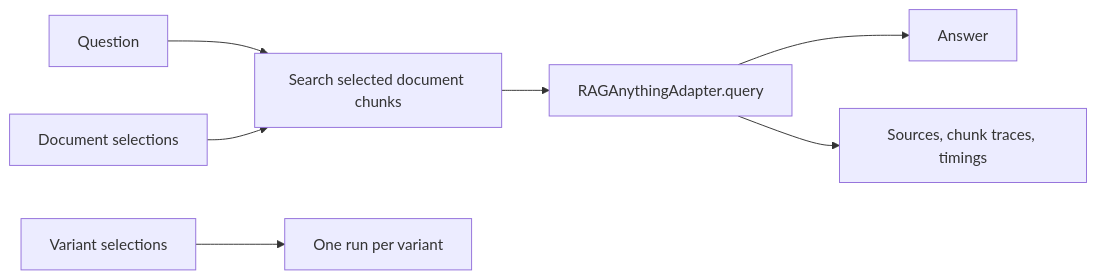
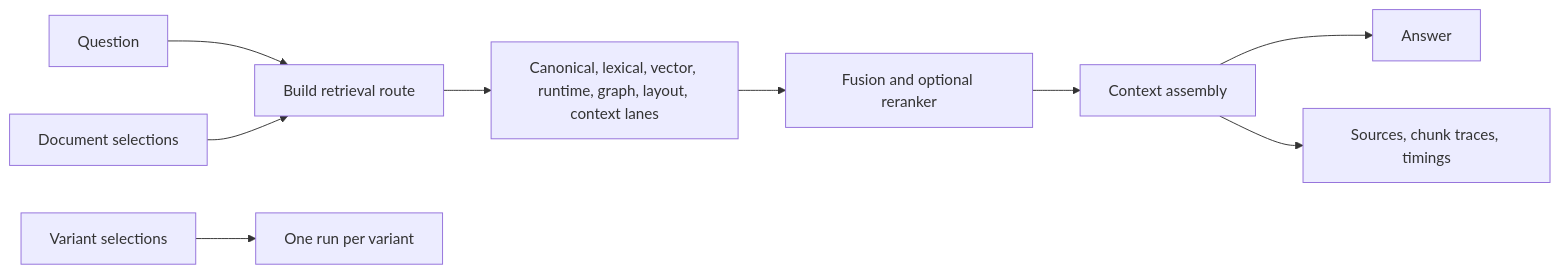
One commit to jihadajUAEU/Ragstudio changed the third of 4 diagrams in docs/workflows.md. Above: the diagram before and after it, drawn with Mermaid. The commit also changed other lines of this file and 14 other files, not shown here.

Commit message:
docs: align guides with three-pillar architecture

````diff
--- a/docs/workflows.md
+++ b/docs/workflows.md
@@ -252,9 +275,11 @@
 ```mermaid
 flowchart LR
-  question["Question"] --> search["Search selected document chunks"]
-  docs["Document selections"] --> search
+  question["Question"] --> route["Build retrieval route"]
+  docs["Document selections"] --> route
   variants["Variant selections"] --> runs["One run per variant"]
-  search --> adapter["RAGAnythingAdapter.query"]
-  adapter --> answer["Answer"]
-  adapter --> traces["Sources, chunk traces, timings"]
+  route --> lanes["Canonical, lexical, vector, runtime, graph, layout, context lanes"]
+  lanes --> fusion["Fusion and optional reranker"]
+  fusion --> context["Context assembly"]
+  context --> answer["Answer"]
+  context --> traces["Sources, chunk traces, timings"]
 ```
````
